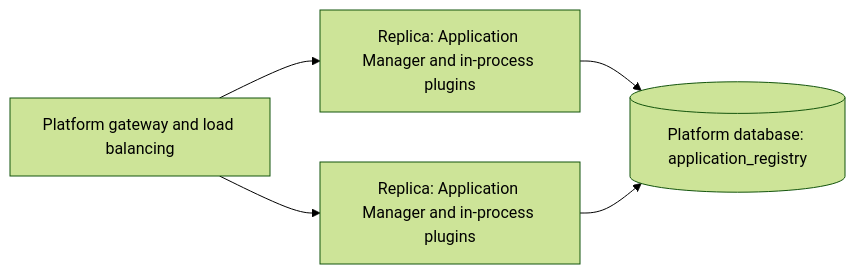
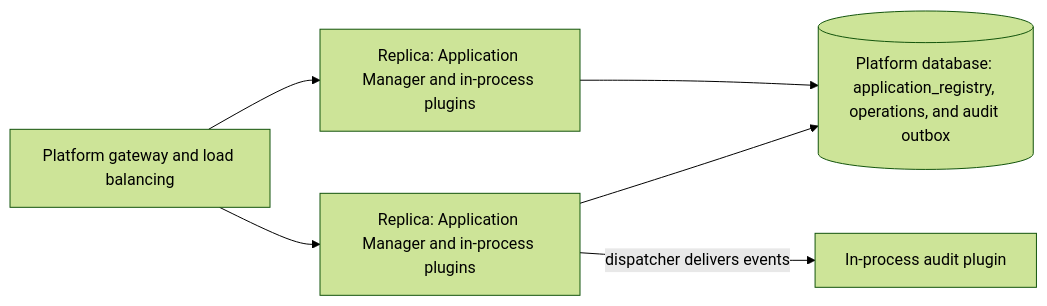
Diagram 12 of 12 in gears/system/application-manager/docs/DESIGN.md (constructorfabric/gears-rust), drawn with Mermaid (forest theme) before and after one commit. The commit also changed other lines of this file and 8 other files, not shown here.

````diff
--- a/gears/system/application-manager/docs/DESIGN.md
+++ b/gears/system/application-manager/docs/DESIGN.md
@@ -1262,7 +1512,8 @@
 ```mermaid
 flowchart LR
     LB["Platform gateway and load balancing"] --> R1["Replica: Application Manager and in-process plugins"]
     LB --> R2["Replica: Application Manager and in-process plugins"]
-    R1 --> DB[("Platform database: application_registry")]
+    R1 --> DB[("Platform database: application_registry, operations, and audit outbox")]
     R2 --> DB
+    R1 -->|"dispatcher delivers events"| AP["In-process audit plugin"]
 ```
````
